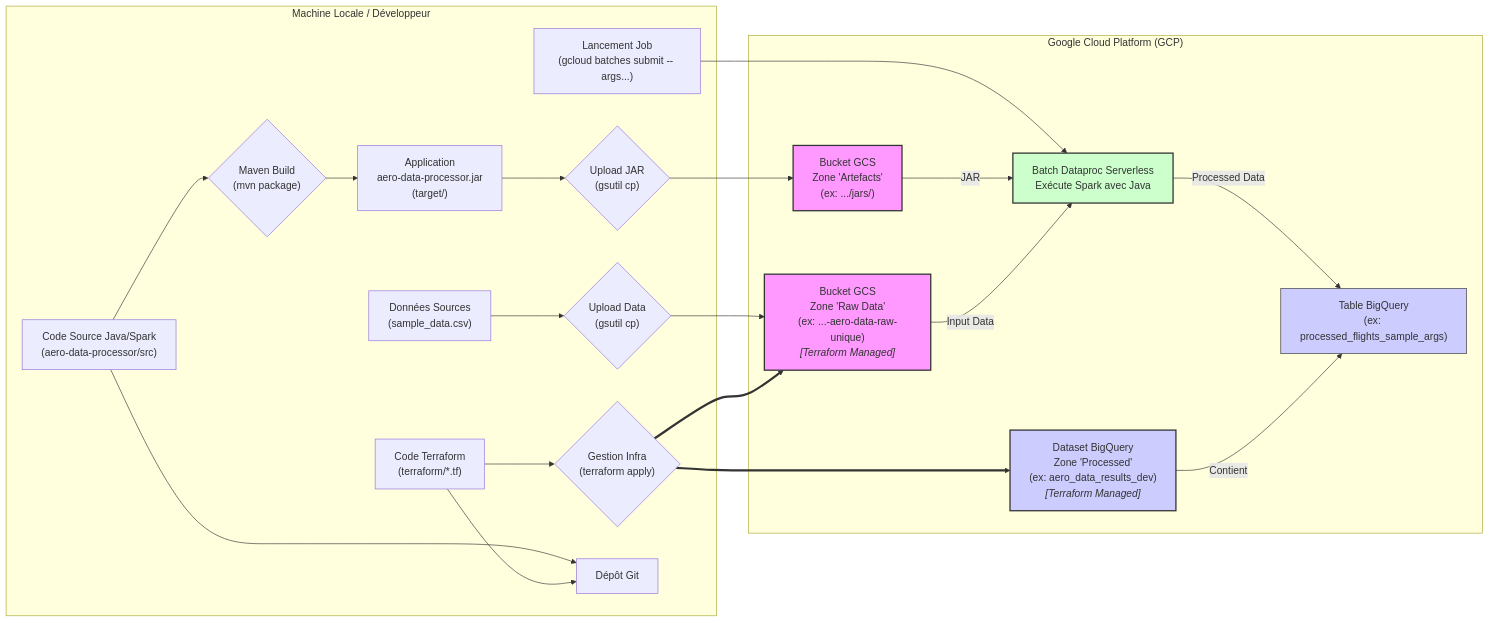
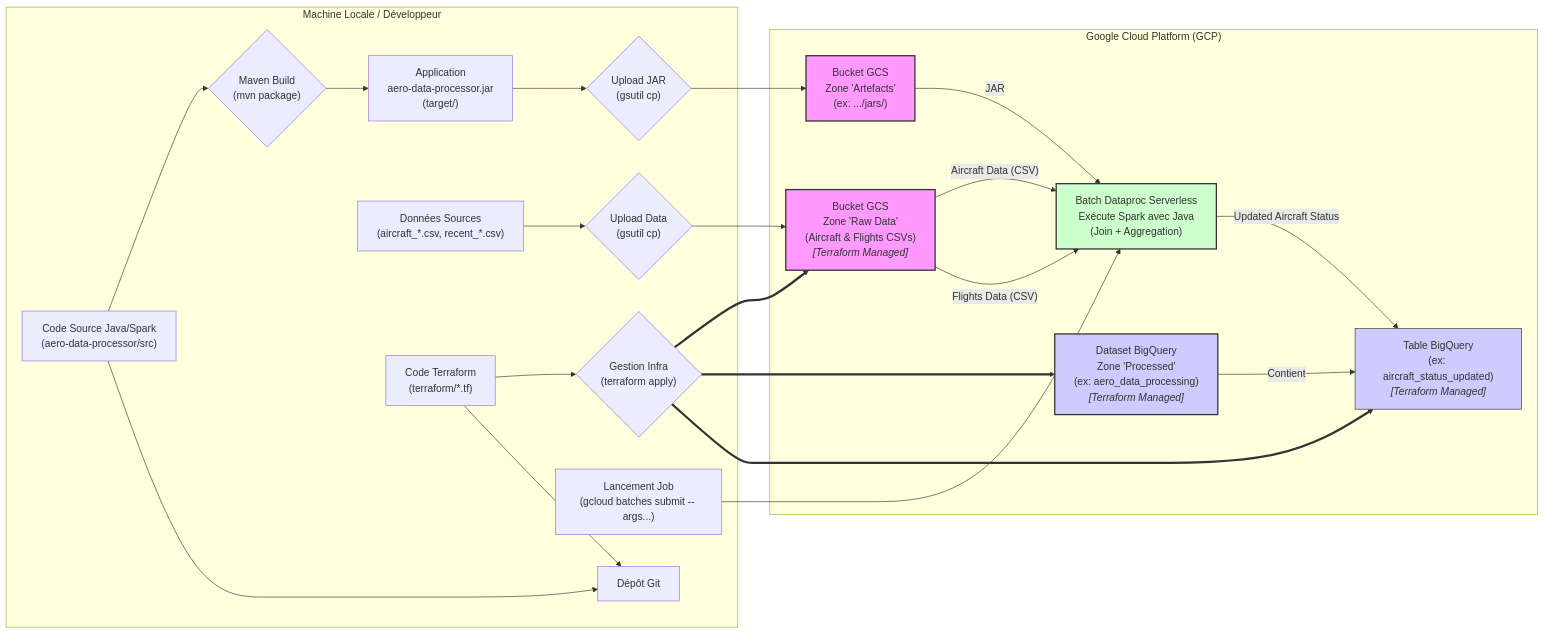
One commit to remigarcia31/gcp-java-spark-migration changed the diagram in README.md. Above: the diagram before and after it, drawn with Mermaid. The commit also changed other lines of this file, not shown here.

````diff
--- a/README.md
+++ b/README.md
@@ -25,40 +25,40 @@
 ```mermaid
 graph LR
     subgraph "Machine Locale / Développeur"
         A["Code Source Java/Spark<br/>(aero-data-processor/src)"] --> B{"Maven Build<br/>(mvn package)"};
         B --> C["Application<br/>aero-data-processor.jar<br/>(target/)"] --> D{"Upload JAR<br/>(gsutil cp)"};
-        E["Données Sources<br/>(sample_data.csv)"] --> F{"Upload Data<br/>(gsutil cp)"};
+        E["Données Sources<br/>(aircraft_*.csv, recent_*.csv)"] --> F{"Upload Data<br/>(gsutil cp)"};
         G["Code Terraform<br/>(terraform/*.tf)"] --> H{"Gestion Infra<br/>(terraform apply)"};
         I["Lancement Job<br/>(gcloud batches submit -- args...)"];
         J["Dépôt Git"];
         A --> J;
         G --> J;
     end
 
     subgraph "Google Cloud Platform (GCP)"
-        K["Bucket GCS<br/>Zone 'Raw Data'<br/>(ex: ...-aero-data-raw-unique)<br/><i>[Terraform Managed]</i>"];
+        K["Bucket GCS<br/>Zone 'Raw Data'<br/>(Aircraft & Flights CSVs)<br/><i>[Terraform Managed]</i>"];
         L["Bucket GCS<br/>Zone 'Artefacts'<br/>(ex: .../jars/)"];
-        M["Batch Dataproc Serverless<br/>Exécute Spark avec Java"];
-        N["Dataset BigQuery<br/>Zone 'Processed'<br/>(ex: aero_data_results_dev)<br/><i>[Terraform Managed]</i>"];
-        O["Table BigQuery<br/>(ex: processed_flights_sample_args)"];
-
+        M["Batch Dataproc Serverless<br/>Exécute Spark avec Java<br/>(Join + Aggregation)"];
+        N["Dataset BigQuery<br/>Zone 'Processed'<br/>(ex: aero_data_processing)<br/><i>[Terraform Managed]</i>"];
+        O["Table BigQuery<br/>(ex: aircraft_status_updated)<br/><i>[Terraform Managed]</i>"];
 
         F --> K;
         D --> L;
         H ==> K;
         H ==> N;
+        H ==> O;
 
         I --> M;
         L -- "JAR" --> M;
-        K -- "Input Data" --> M;
-        M -- "Processed Data" --> O;
+        K -- "Aircraft Data (CSV)" --> M;
+        K -- "Flights Data (CSV)" --> M; 
+        M -- "Updated Aircraft Status" --> O;
         N -- "Contient" --> O;
     end
 
     style K fill:#f9f,stroke:#333,stroke-width:2px
     style L fill:#f9f,stroke:#333,stroke-width:2px
     style N fill:#ccf,stroke:#333,stroke-width:2px
     style O fill:#ccf,stroke:#333,stroke-width:1px
     style M fill:#cfc,stroke:#333,stroke-width:2px
-    style M fill:#cfc,stroke:#333,stroke-width:2px
 ```
````
